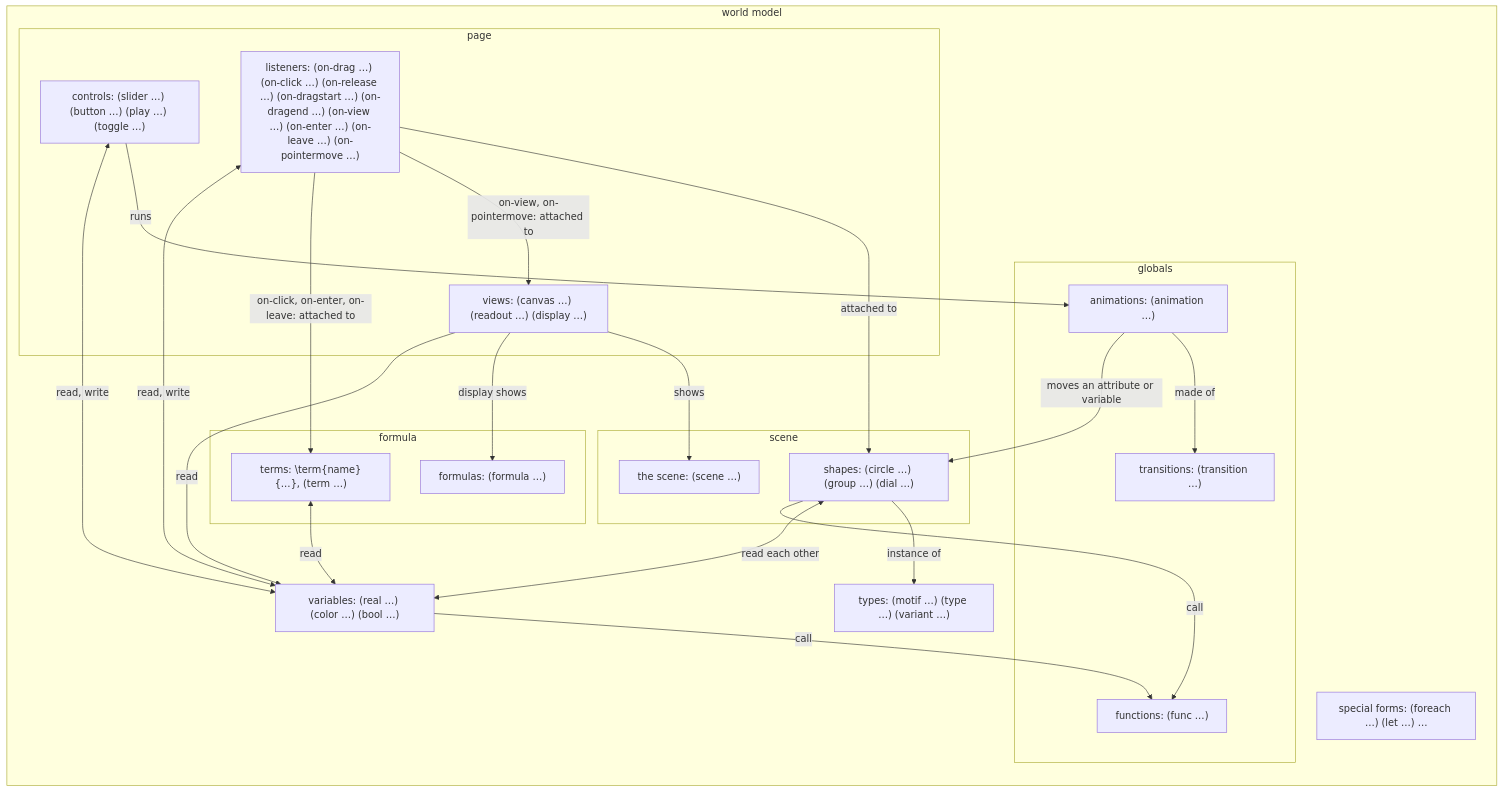
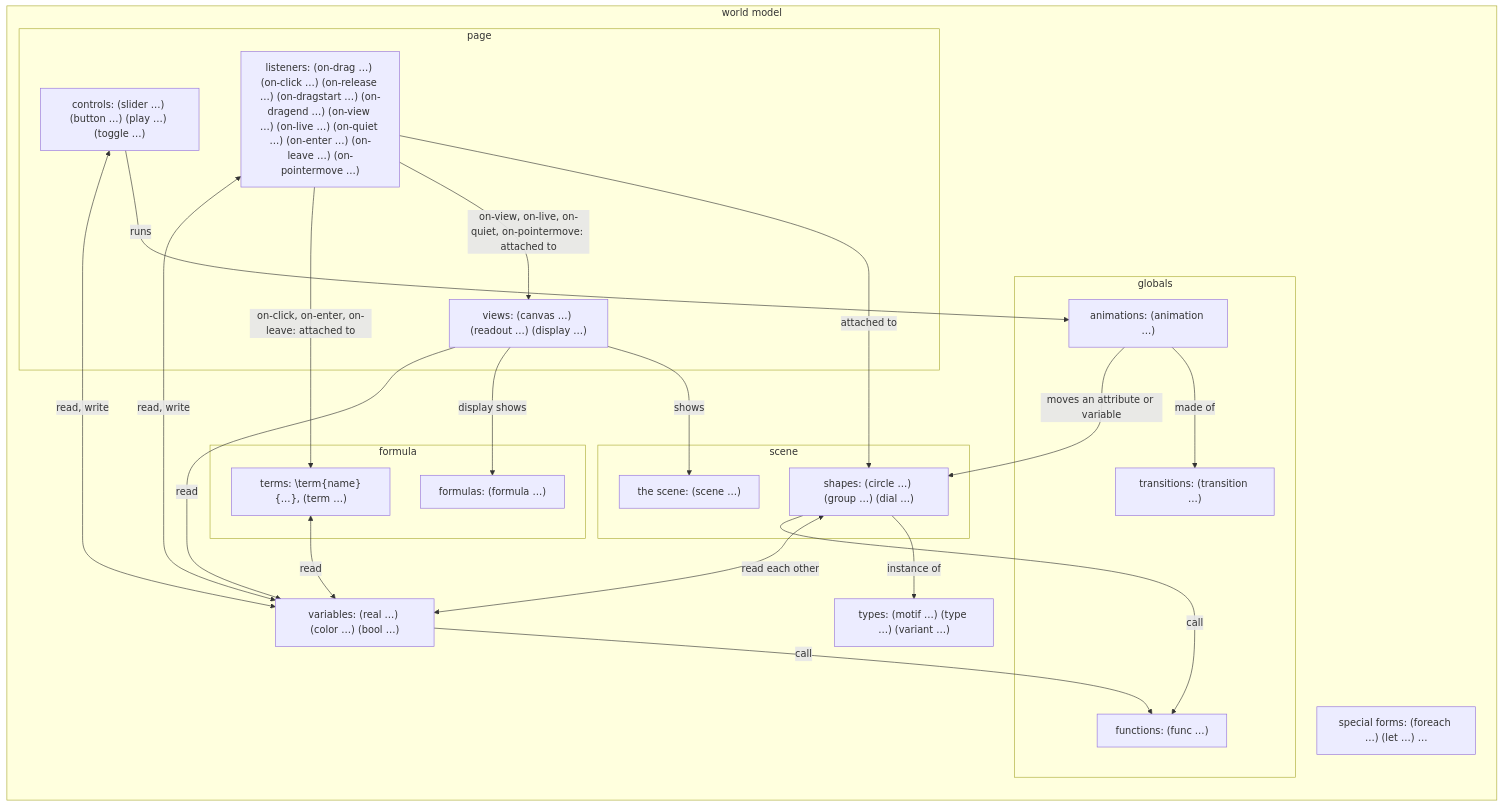
Before and after one commit to aris-pub/mathterpiece: the second of 3 diagrams in docs/data-model.md, drawn with Mermaid. The commit also changed other lines of this file and 14 other files, not shown here.

First line of the commit message:
Runtime: a view with an on-live starts quiet, and a hand makes it live

````diff
--- a/docs/data-model.md
+++ b/docs/data-model.md
@@ -98,40 +98,40 @@
 ```mermaid
 flowchart LR
   subgraph wm [world model]
     types["types: (motif …) (type …) (variant …)"]
     special["special forms: (foreach …) (let …) …"]
     subgraph scene
       sc["the scene: (scene …)"]
       shapes["shapes: (circle …) (group …) (dial …)"]
     end
     subgraph formula
       fm["formulas: (formula …)"]
       terms["terms: \term{name}{…}, (term …)"]
     end
     vars["variables: (real …) (color …) (bool …)"]
     subgraph globals
       funcs["functions: (func …)"]
       trans["transitions: (transition …)"]
       anims["animations: (animation …)"]
     end
     subgraph page
       views["views: (canvas …) (readout …) (display …)"]
-      listeners["listeners: (on-drag …) (on-click …) (on-release …) (on-dragstart …) (on-dragend …) (on-view …) (on-enter …) (on-leave …) (on-pointermove …)"]
+      listeners["listeners: (on-drag …) (on-click …) (on-release …) (on-dragstart …) (on-dragend …) (on-view …) (on-live …) (on-quiet …) (on-enter …) (on-leave …) (on-pointermove …)"]
       controls["controls: (slider …) (button …) (play …) (toggle …)"]
     end
   end
   shapes -->|instance of| types
   shapes <-->|read each other| vars
   vars & shapes -->|call| funcs
   anims -->|made of| trans
   anims -->|moves an attribute or variable| shapes
   controls -->|runs| anims
   listeners -->|attached to| shapes
-  listeners -->|on-view, on-pointermove: attached to| views
+  listeners -->|on-view, on-live, on-quiet, on-pointermove: attached to| views
   views -->|shows| sc
   views -->|display shows| fm
   listeners -->|on-click, on-enter, on-leave: attached to| terms
   terms <-->|read| vars
   views -->|read| vars
   listeners & controls <-->|read, write| vars
 ```
````
